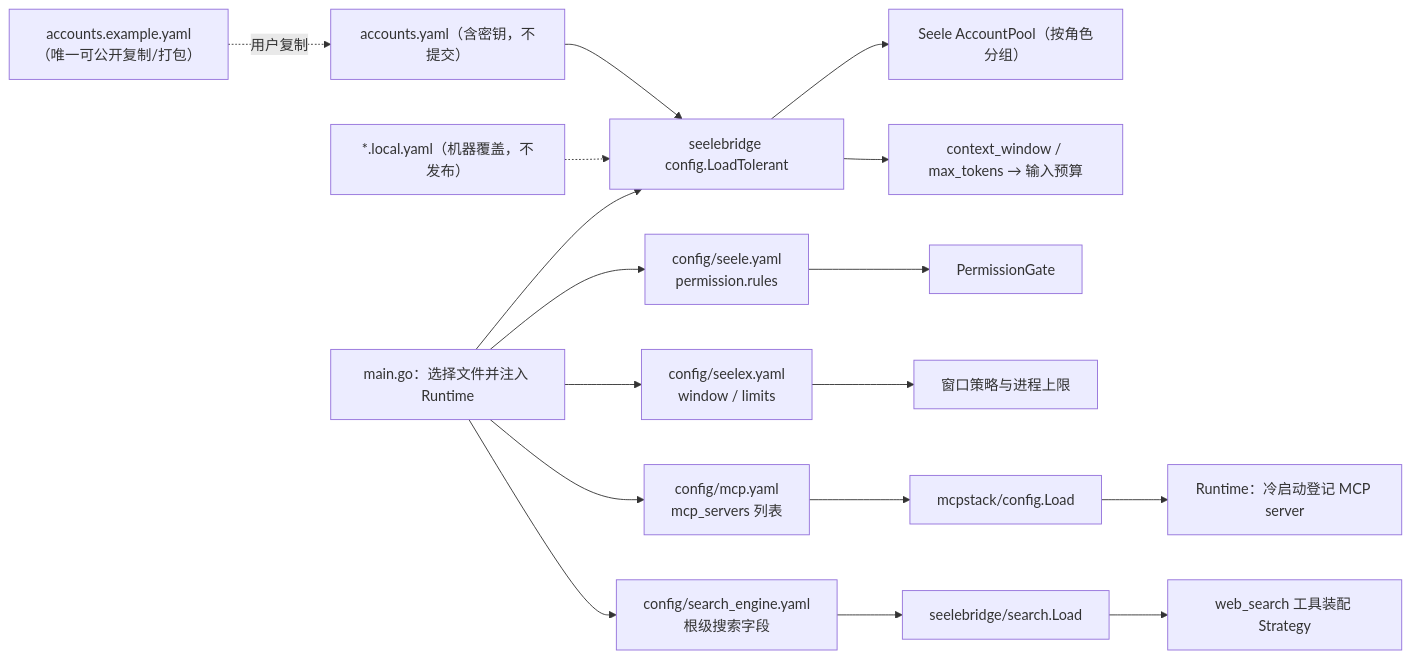
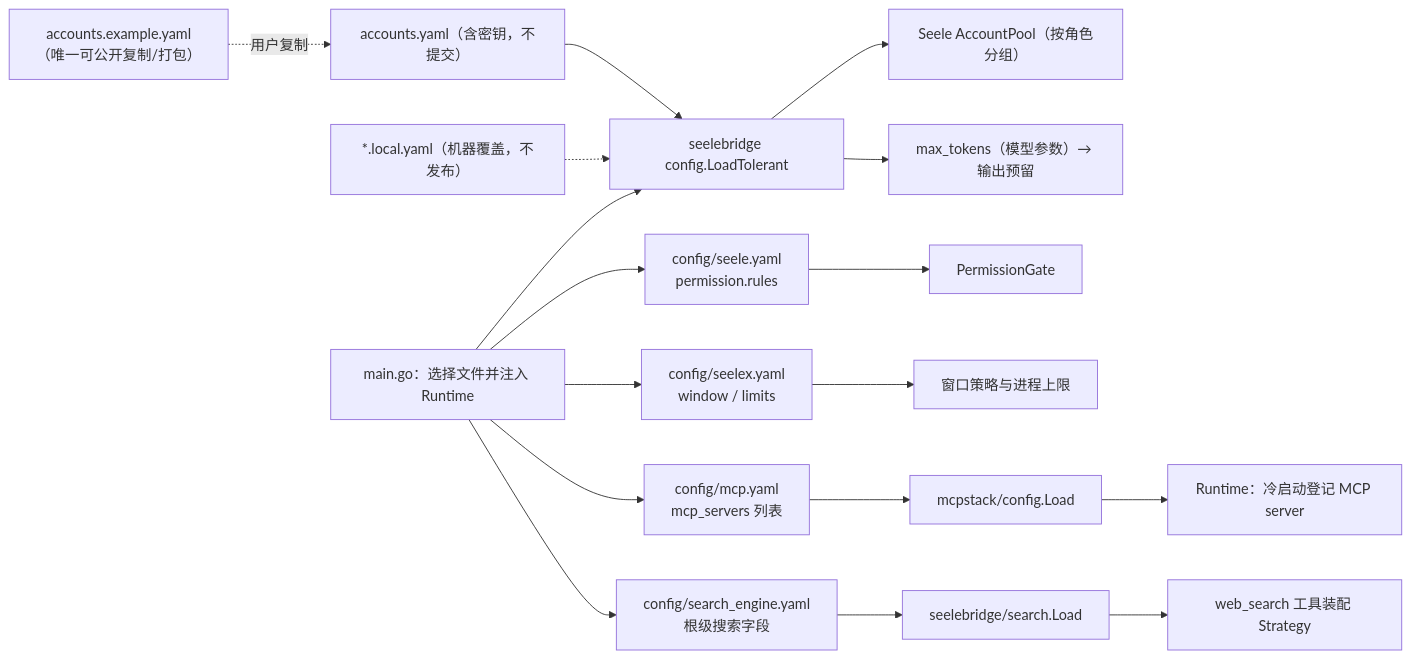
The diagram in config/README.md (RedHuang-0622/seelex), drawn with Mermaid before and after one commit. The commit also changed other lines of this file and 13 other files, not shown here.

````diff
--- a/config/README.md
+++ b/config/README.md
@@ -19,19 +31,19 @@
 ```mermaid
 flowchart LR
     TPL["accounts.example.yaml<br/>（唯一可公开复制/打包）"] -.->|用户复制| LOCAL["accounts.yaml（含密钥，不提交）"]
     LOCAL --> LOAD["seelebridge config.LoadTolerant"]
     LOCALOVR["*.local.yaml（机器覆盖，不发布）"] -.-> LOAD
     LOAD --> POOL["Seele AccountPool（按角色分组）"]
-    LOAD --> BUDGET["context_window / max_tokens → 输入预算"]
+    LOAD --> BUDGET["max_tokens（模型参数）→ 输出预留"]
     SEELE["config/seele.yaml<br/>permission.rules"] --> GATE["PermissionGate"]
     SEELEX["config/seelex.yaml<br/>window / limits"] --> WIN["窗口策略与进程上限"]
     ROOT["main.go：选择文件并注入 Runtime"] --> LOAD
     ROOT --> SEELE
     ROOT --> SEELEX
     MCP["config/mcp.yaml<br/>mcp_servers 列表"] --> MCPLOAD["mcpstack/config.Load"]
     MCPLOAD --> LAZY["Runtime：冷启动登记 MCP server"]
     SEARCH["config/search_engine.yaml<br/>根级搜索字段"] --> SEARCHLOAD["seelebridge/search.Load"]
     SEARCHLOAD --> WEBSEARCH["web_search 工具装配 Strategy"]
     ROOT --> MCP
     ROOT --> SEARCH
 ```
````
